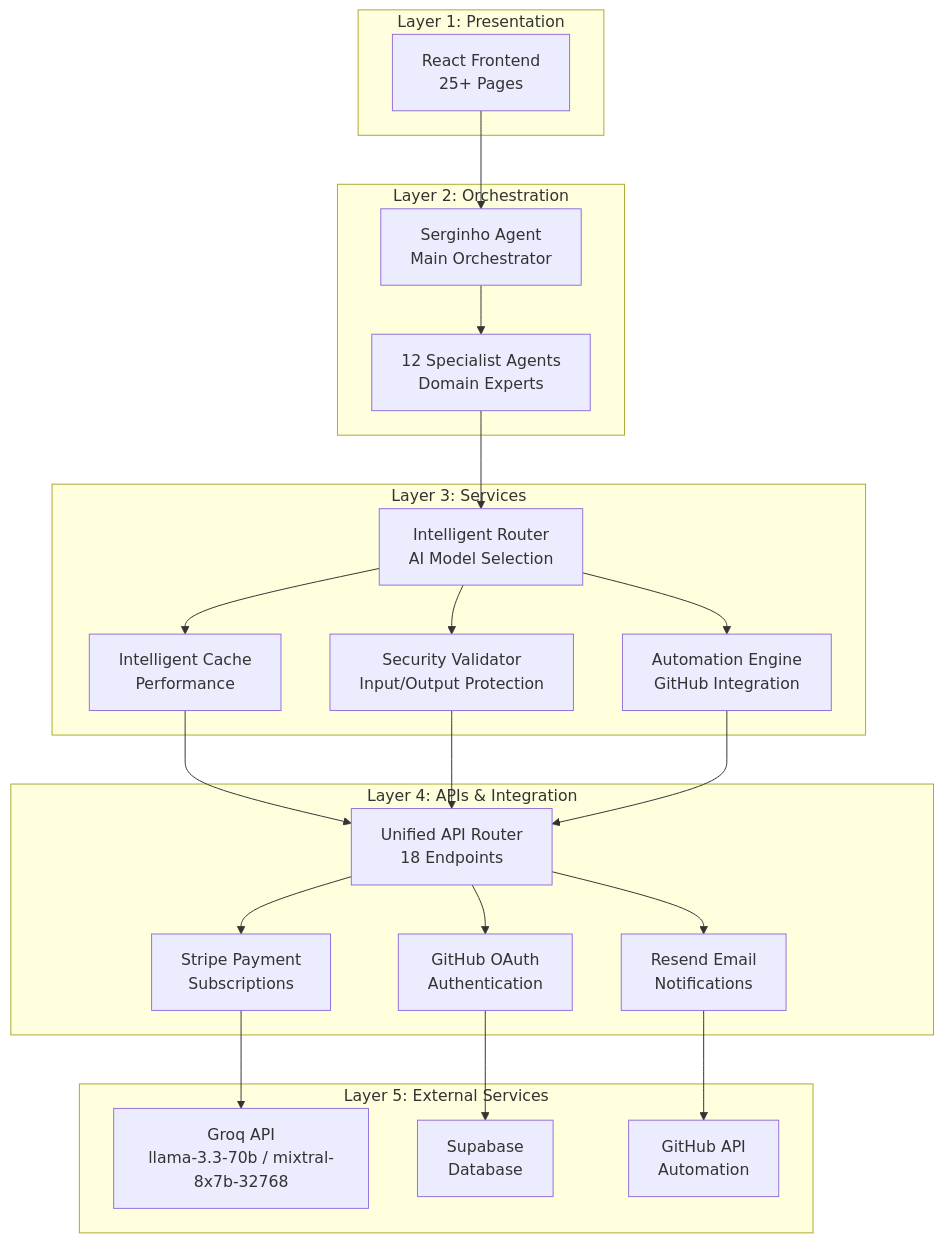
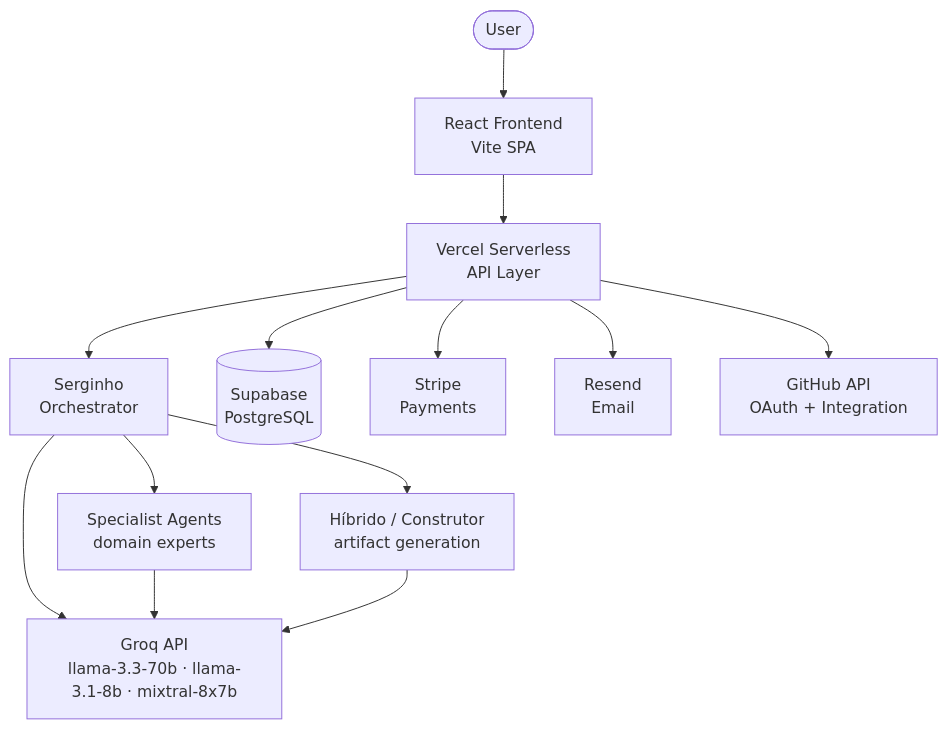
The diagram in README.md (kizirianmax/rkmmax-hibrido), drawn with Mermaid before and after one commit. The commit also changed other lines of this file, not shown here.

First line of the commit message:
docs(readme): rewrite README to reflect current Groq-only architecture and project structure

````diff
--- a/README.md
+++ b/README.md
@@ -54,47 +27,18 @@
 ```mermaid
-graph TB
-    subgraph "Layer 1: Presentation"
-        UI[React Frontend<br/>25+ Pages]
-    end
-    
-    subgraph "Layer 2: Orchestration"
-        SERGINHO[Serginho Agent<br/>Main Orchestrator]
-        SPECIALISTS[12 Specialist Agents<br/>Domain Experts]
-    end
-    
-    subgraph "Layer 3: Services"
-        ROUTER[Intelligent Router<br/>AI Model Selection]
-        CACHE[Intelligent Cache<br/>Performance]
-        SECURITY[Security Validator<br/>Input/Output Protection]
-        AUTOMATION[Automation Engine<br/>GitHub Integration]
-    end
-    
-    subgraph "Layer 4: APIs & Integration"
-        API[Unified API Router<br/>18 Endpoints]
-        PAYMENT[Stripe Payment<br/>Subscriptions]
-        AUTH[GitHub OAuth<br/>Authentication]
-        EMAIL[Resend Email<br/>Notifications]
-    end
-    
-    subgraph "Layer 5: External Services"
-        GROQ[Groq API<br/>llama-3.3-70b / mixtral-8x7b-32768]
-        SUPABASE[Supabase<br/>Database]
-        GITHUB[GitHub API<br/>Automation]
-    end
-    
-    UI --> SERGINHO
-    SERGINHO --> SPECIALISTS
-    SPECIALISTS --> ROUTER
-    ROUTER --> CACHE
-    ROUTER --> SECURITY
-    ROUTER --> AUTOMATION
-    CACHE --> API
-    SECURITY --> API
-    AUTOMATION --> API
-    API --> PAYMENT
-    API --> AUTH
-    API --> EMAIL
-    PAYMENT --> GROQ
-    AUTH --> SUPABASE
-    EMAIL --> GITHUB
+graph TD
+    User([User]) --> Frontend[React Frontend<br/>Vite SPA]
+    Frontend --> API[Vercel Serverless<br/>API Layer]
+
+    API --> Serginho[Serginho<br/>Orchestrator]
+    Serginho --> Specialists[Specialist Agents<br/>domain experts]
+    Serginho --> Hibrido[Híbrido / Construtor<br/>artifact generation]
+
+    Serginho --> Groq[Groq API<br/>llama-3.3-70b · llama-3.1-8b · mixtral-8x7b]
+    Specialists --> Groq
+    Hibrido --> Groq
+
+    API --> Supabase[(Supabase<br/>PostgreSQL)]
+    API --> Stripe[Stripe<br/>Payments]
+    API --> Resend[Resend<br/>Email]
+    API --> GitHub[GitHub API<br/>OAuth + Integration]
 ```
````
